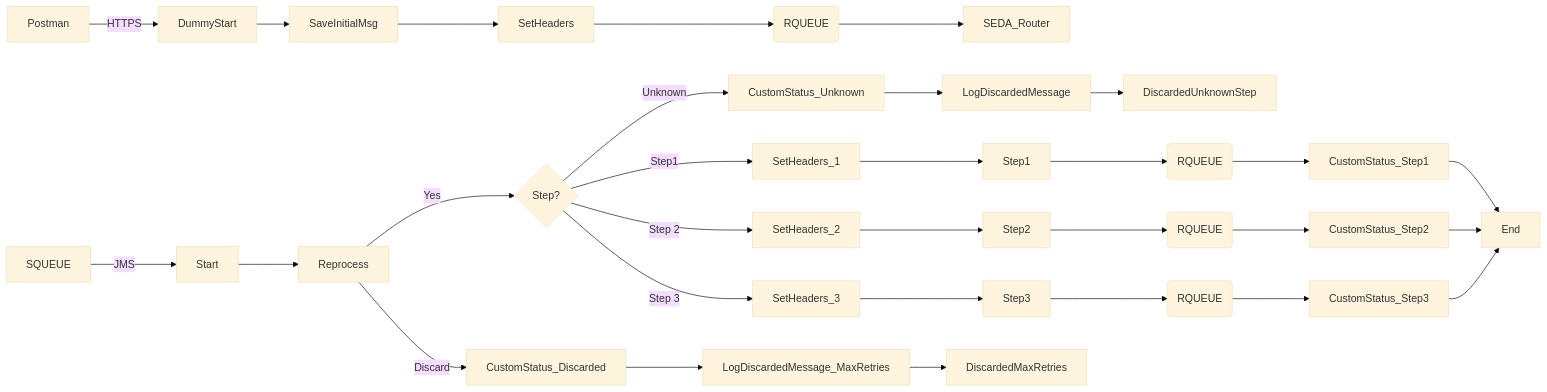
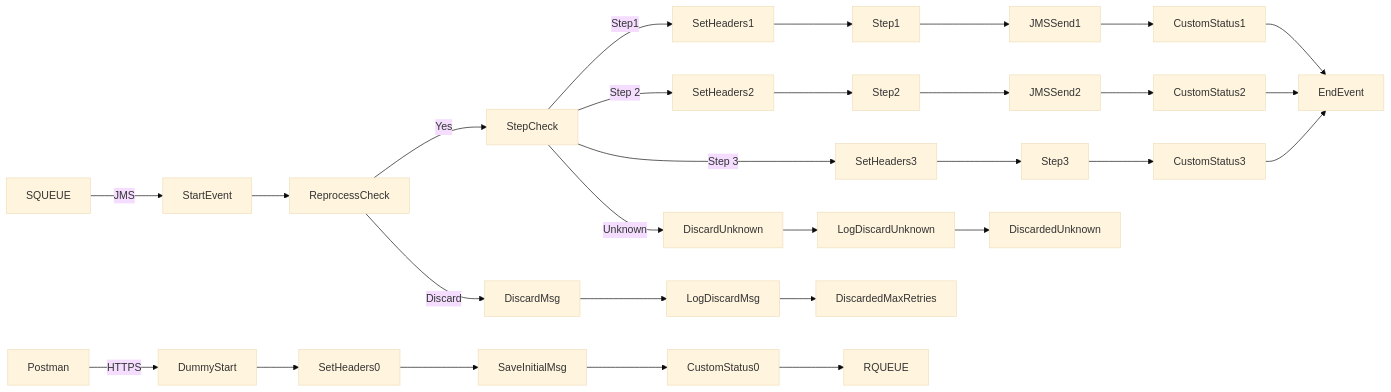
The diagram in MMZ - Cell Iflows/SEDA_Model_-_Single_Queue_-_Restart_and_Discard_MMZ-1.0.1/readme.md (Avvale-IA-CICD/AvvaleCPI), drawn with Mermaid (base theme) before and after one commit. The commit also changed other lines of this file, not shown here.

Commit message:
Add/update documentation for SEDA_Model_-_Single_Queue_-_Restart_and_Discard_MMZ v1.0.1

````diff
--- a/MMZ - Cell Iflows/SEDA_Model_-_Single_Queue_-_Restart_and_Discard_MMZ-1.0.1/readme.md
+++ b/MMZ - Cell Iflows/SEDA_Model_-_Single_Queue_-_Restart_and_Discard_MMZ-1.0.1/readme.md
@@ -5,40 +5,34 @@
 ```mermaid
 graph LR
     Postman -- HTTPS --> DummyStart
-    DummyStart --> SaveInitialMsg
-    SaveInitialMsg --> SetHeaders
-    SetHeaders --> JMS_STEP0(RQUEUE)
-    JMS_STEP0(RQUEUE) --> SEDA_Router
+    SQUEUE -- JMS --> StartEvent
+    StartEvent --> ReprocessCheck
+    ReprocessCheck -- Yes --> StepCheck
+    ReprocessCheck -- Discard --> DiscardMsg
+    StepCheck -- Step1 --> SetHeaders1
+    StepCheck -- Step 2 --> SetHeaders2
+    StepCheck -- Step 3 --> SetHeaders3
+    StepCheck -- Unknown --> DiscardUnknown
+    SetHeaders1 --> Step1
+    SetHeaders2 --> Step2
+    SetHeaders3 --> Step3
+    Step1 --> JMSSend1
+    Step2 --> JMSSend2
+    Step3 --> CustomStatus3
+    DiscardMsg --> LogDiscardMsg
+    DiscardUnknown --> LogDiscardUnknown
 
-    SQUEUE -- JMS --> Start
-    Start --> Reprocess
+    LogDiscardMsg --> DiscardedMaxRetries
+    LogDiscardUnknown --> DiscardedUnknown
 
-    Reprocess -- Yes --> Step_Check{Step?}
-    Reprocess -- Discard --> CustomStatus_Discarded
+    JMSSend1 --> CustomStatus1
+    JMSSend2 --> CustomStatus2
+    CustomStatus1 --> EndEvent
+    CustomStatus2 --> EndEvent
+    CustomStatus3 --> EndEvent
 
-    Step_Check -- Step1 --> SetHeaders_1
-    Step_Check -- Step 2 --> SetHeaders_2
-    Step_Check -- Step 3 --> SetHeaders_3
-    Step_Check -- Unknown --> CustomStatus_Unknown
-    CustomStatus_Unknown --> LogDiscardedMessage
-    LogDiscardedMessage --> DiscardedUnknownStep
-
-    SetHeaders_1 --> Step1
-    SetHeaders_2 --> Step2
-    SetHeaders_3 --> Step3
-
-    Step1 --> JMS_STEP1(RQUEUE)
-    Step2 --> JMS_STEP2(RQUEUE)
-    Step3 --> JMS_STEP3(RQUEUE)
-
-    JMS_STEP1(RQUEUE) --> CustomStatus_Step1
-    JMS_STEP2(RQUEUE) --> CustomStatus_Step2
-    JMS_STEP3(RQUEUE) --> CustomStatus_Step3
-    
-    CustomStatus_Step1 --> End
-    CustomStatus_Step2 --> End
-    CustomStatus_Step3 --> End
-
-    CustomStatus_Discarded --> LogDiscardedMessage_MaxRetries
-    LogDiscardedMessage_MaxRetries --> DiscardedMaxRetries
+    DummyStart --> SetHeaders0
+    SetHeaders0 --> SaveInitialMsg
+    SaveInitialMsg --> CustomStatus0
+    CustomStatus0 --> RQUEUE
 ```
````
